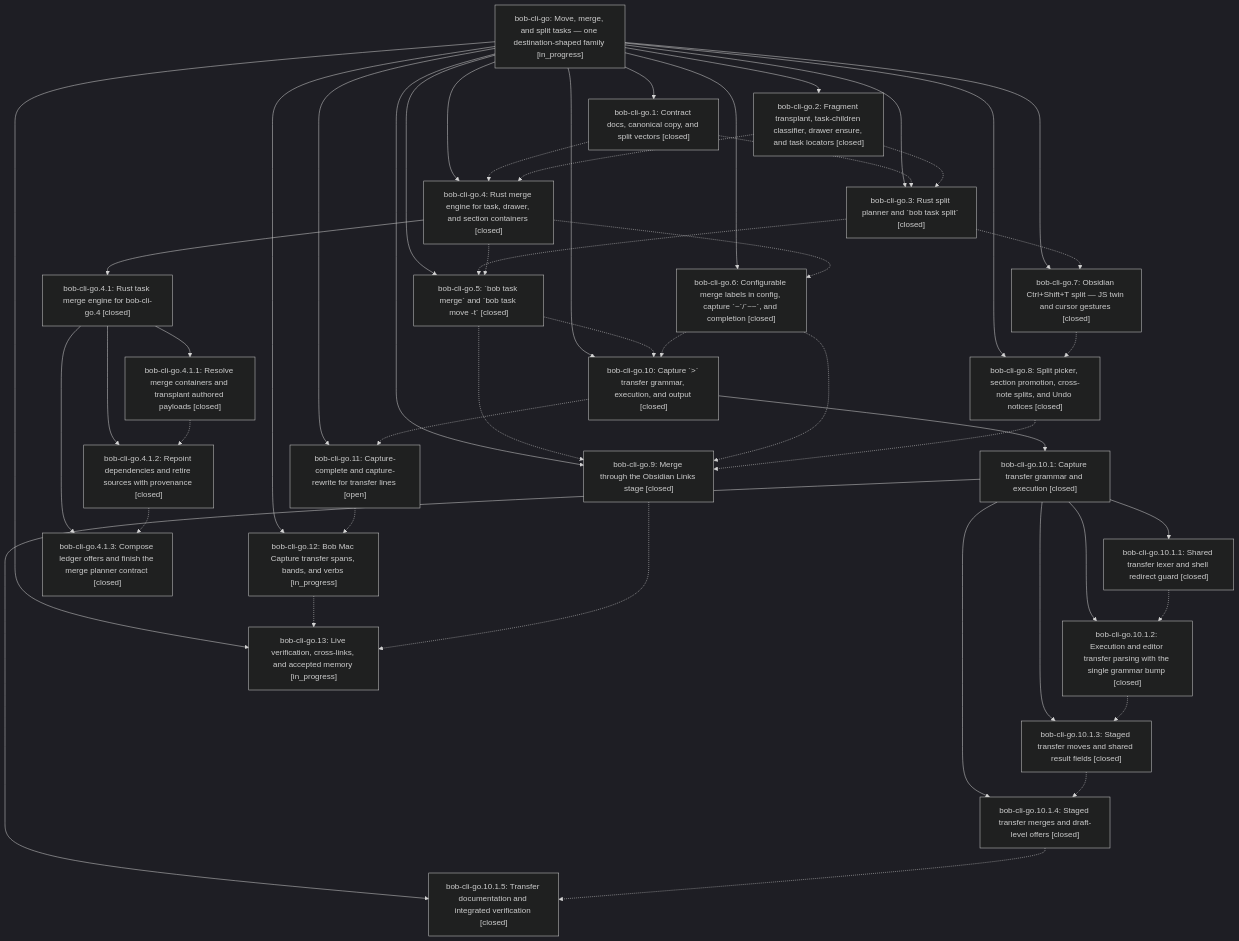
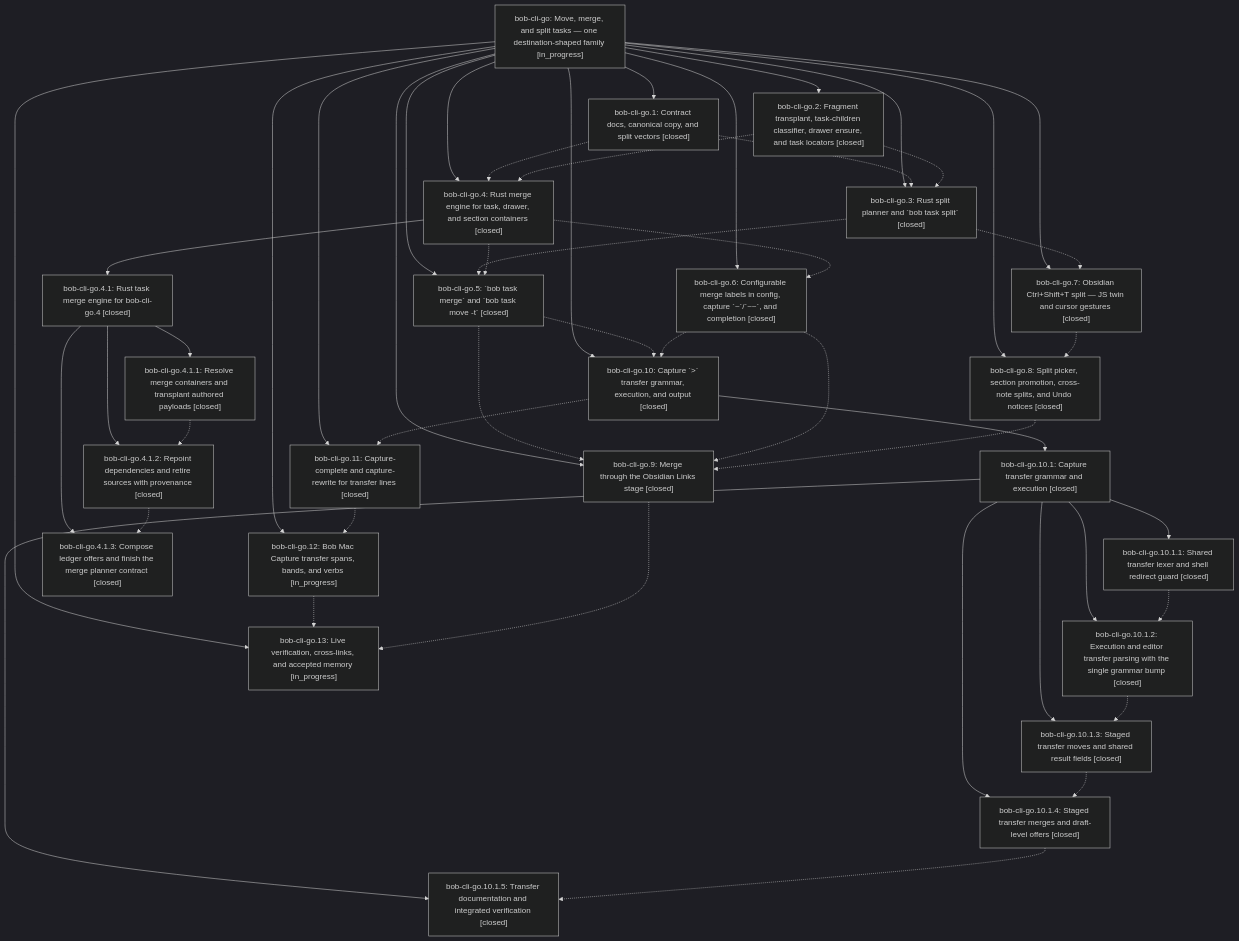
The diagram in pages/bob-cli-go/README.md (bobs-org/bob-cli--beads), drawn with Mermaid (dark theme) before and after one commit. The commit also changed other lines of this file and 10 other files, not shown here.

First line of the commit message:
chore(beads): sync bead state and pages for bob-cli-go

````diff
--- a/pages/bob-cli-go/README.md
+++ b/pages/bob-cli-go/README.md
@@ -66,74 +74,74 @@
 ```mermaid
 flowchart TD
     n0["bob-cli-go: Move, merge, and split tasks — one destination-shaped family [in_progress]"]
     n1["bob-cli-go.1: Contract docs, canonical copy, and split vectors [closed]"]
     n2["bob-cli-go.10: Capture `&gt;` transfer grammar, execution, and output [closed]"]
     n3["bob-cli-go.10.1: Capture transfer grammar and execution [closed]"]
     n4["bob-cli-go.10.1.1: Shared transfer lexer and shell redirect guard [closed]"]
     n5["bob-cli-go.10.1.2: Execution and editor transfer parsing with the single grammar bump [closed]"]
     n6["bob-cli-go.10.1.3: Staged transfer moves and shared result fields [closed]"]
     n7["bob-cli-go.10.1.4: Staged transfer merges and draft-level offers [closed]"]
     n8["bob-cli-go.10.1.5: Transfer documentation and integrated verification [closed]"]
-    n9["bob-cli-go.11: Capture-complete and capture-rewrite for transfer lines [open]"]
+    n9["bob-cli-go.11: Capture-complete and capture-rewrite for transfer lines [closed]"]
     n10["bob-cli-go.12: Bob Mac Capture transfer spans, bands, and verbs [in_progress]"]
     n11["bob-cli-go.13: Live verification, cross-links, and accepted memory [in_progress]"]
     n12["bob-cli-go.2: Fragment transplant, task-children classifier, drawer ensure, and task locators [closed]"]
     n13["bob-cli-go.3: Rust split planner and `bob task split` [closed]"]
     n14["bob-cli-go.4: Rust merge engine for task, drawer, and section containers [closed]"]
     n15["bob-cli-go.4.1: Rust task merge engine for bob-cli-go.4 [closed]"]
     n16["bob-cli-go.4.1.1: Resolve merge containers and transplant authored payloads [closed]"]
     n17["bob-cli-go.4.1.2: Repoint dependencies and retire sources with provenance [closed]"]
     n18["bob-cli-go.4.1.3: Compose ledger offers and finish the merge planner contract [closed]"]
     n19["bob-cli-go.5: `bob task merge` and `bob task move -t` [closed]"]
     n20["bob-cli-go.6: Configurable merge labels in config, capture `~`/`~~`, and completion [closed]"]
     n21["bob-cli-go.7: Obsidian Ctrl+Shift+T split — JS twin and cursor gestures [closed]"]
     n22["bob-cli-go.8: Split picker, section promotion, cross-note splits, and Undo notices [closed]"]
     n23["bob-cli-go.9: Merge through the Obsidian Links stage [closed]"]
     n0 --> n1
     n0 --> n2
     n2 --> n3
     n3 --> n4
     n3 --> n5
     n3 --> n6
     n3 --> n7
     n3 --> n8
     n0 --> n9
     n0 --> n10
     n0 --> n11
     n0 --> n12
     n0 --> n13
     n0 --> n14
     n14 --> n15
     n15 --> n16
     n15 --> n17
     n15 --> n18
     n0 --> n19
     n0 --> n20
     n0 --> n21
     n0 --> n22
     n0 --> n23
     n1 -.-> n13
     n1 -.-> n14
     n2 -.-> n9
     n4 -.-> n5
     n5 -.-> n6
     n6 -.-> n7
     n7 -.-> n8
     n9 -.-> n10
     n10 -.-> n11
     n12 -.-> n13
     n12 -.-> n14
     n13 -.-> n19
     n13 -.-> n21
     n14 -.-> n19
     n14 -.-> n20
     n16 -.-> n17
     n17 -.-> n18
     n19 -.-> n2
     n19 -.-> n23
     n20 -.-> n2
     n20 -.-> n23
     n21 -.-> n22
     n22 -.-> n23
     n23 -.-> n11
 ```
````
